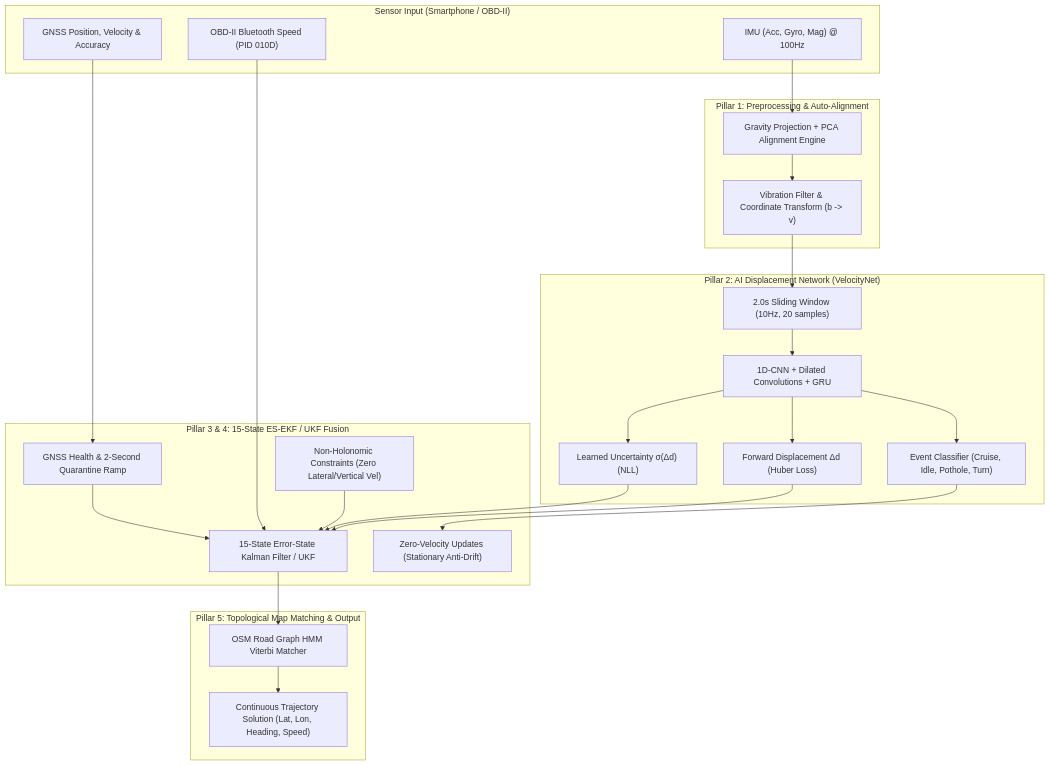
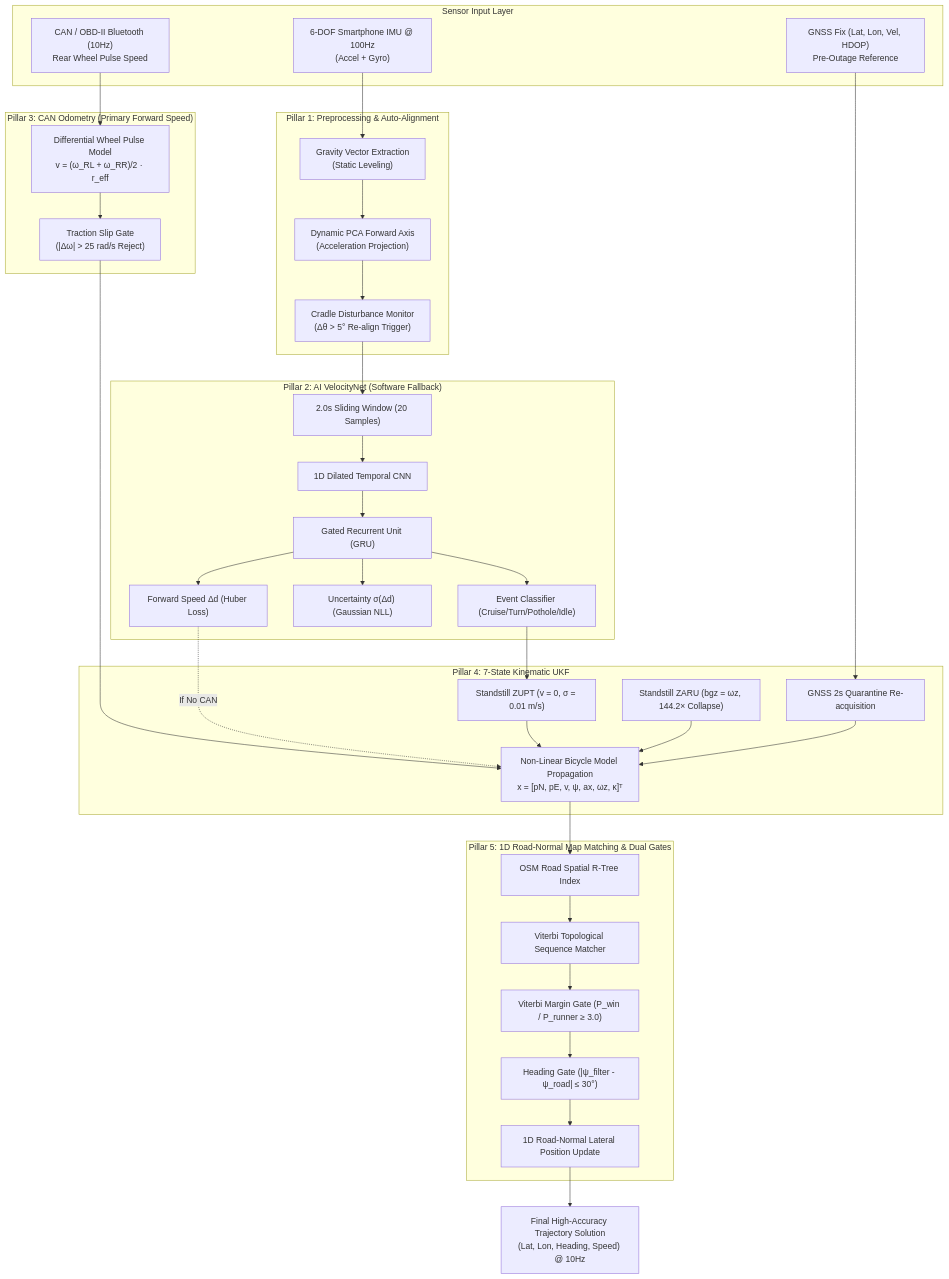
The diagram in README.md (GuptaNandinii/iNAV), drawn with Mermaid before and after one commit. The commit also changed other lines of this file, not shown here.

Commit message:
docs: complete comprehensive system architecture and SIH 2026 defense in README

````diff
--- a/README.md
+++ b/README.md
@@ -38,47 +186,58 @@
 ```mermaid
 graph TB
-    subgraph S["Sensor Input (Smartphone / OBD-II)"]
-        IMU["IMU (Acc, Gyro, Mag) @ 100Hz"]
-        GPS["GNSS Position, Velocity & Accuracy"]
-        OBD["OBD-II Bluetooth Speed (PID 010D)"]
+    subgraph S["Sensor Input Layer"]
+        IMU["6-DOF Smartphone IMU @ 100Hz\n(Accel + Gyro)"]
+        GNSS["GNSS Fix (Lat, Lon, Vel, HDOP)\nPre-Outage Reference"]
+        CAN["CAN / OBD-II Bluetooth (10Hz)\nRear Wheel Pulse Speed"]
     end
 
-    subgraph L1["Pillar 1: Preprocessing & Auto-Alignment"]
-        ALIGN["Gravity Projection + PCA Alignment Engine"]
-        LPF["Vibration Filter & Coordinate Transform (b -> v)"]
-        IMU --> ALIGN --> LPF
+    subgraph P1["Pillar 1: Preprocessing & Auto-Alignment"]
+        GRAV["Gravity Vector Extraction\n(Static Leveling)"]
+        PCA["Dynamic PCA Forward Axis\n(Acceleration Projection)"]
+        DISTURB["Cradle Disturbance Monitor\n(Δθ > 5° Re-align Trigger)"]
+        IMU --> GRAV --> PCA --> DISTURB
     end
 
-    subgraph L2["Pillar 2: AI Displacement Network (VelocityNet)"]
-        WIN["2.0s Sliding Window (10Hz, 20 samples)"]
-        CNN_GRU["1D-CNN + Dilated Convolutions + GRU"]
-        HEAD1["Forward Displacement Δd (Huber Loss)"]
-        HEAD2["Event Classifier (Cruise, Idle, Pothole, Turn)"]
-        HEAD3["Learned Uncertainty σ(Δd) (NLL)"]
-
-        LPF --> WIN --> CNN_GRU
-        CNN_GRU --> HEAD1
-        CNN_GRU --> HEAD2
-        CNN_GRU --> HEAD3
+    subgraph P2["Pillar 2: AI VelocityNet (Software Fallback)"]
+        WIN["2.0s Sliding Window (20 Samples)"]
+        CNN["1D Dilated Temporal CNN"]
+        GRU["Gated Recurrent Unit (GRU)"]
+        V_HEAD["Forward Speed Δd (Huber Loss)"]
+        SIG_HEAD["Uncertainty σ(Δd) (Gaussian NLL)"]
+        EVT_HEAD["Event Classifier (Cruise/Turn/Pothole/Idle)"]
+        DISTURB --> WIN --> CNN --> GRU
+        GRU --> V_HEAD
+        GRU --> SIG_HEAD
+        GRU --> EVT_HEAD
     end
 
-    subgraph L3["Pillar 3 & 4: 15-State ES-EKF / UKF Fusion"]
-        EKF["15-State Error-State Kalman Filter / UKF"]
-        NHC["Non-Holonomic Constraints (Zero Lateral/Vertical Vel)"]
-        ZUPT["Zero-Velocity Updates (Stationary Anti-Drift)"]
-        QUAR["GNSS Health & 2-Second Quarantine Ramp"]
-
-        HEAD1 --> EKF
-        HEAD3 --> EKF
-        HEAD2 --> ZUPT
-        NHC --> EKF
-        OBD --> EKF
-        GPS --> QUAR --> EKF
+    subgraph P3["Pillar 3: CAN Odometry (Primary Forward Speed)"]
+        PULSE["Differential Wheel Pulse Model\nv = (ω_RL + ω_RR)/2 · r_eff"]
+        SLIP["Traction Slip Gate\n(|Δω| > 25 rad/s Reject)"]
+        CAN --> PULSE --> SLIP
     end
 
-    subgraph L5["Pillar 5: Topological Map Matching & Output"]
-        HMM["OSM Road Graph HMM Viterbi Matcher"]
-        OUT["Continuous Trajectory Solution (Lat, Lon, Heading, Speed)"]
-        EKF --> HMM --> OUT
+    subgraph P4["Pillar 4: 7-State Kinematic UKF"]
+        PRED["Non-Linear Bicycle Model Propagation\nx = [pN, pE, v, ψ, ax, ωz, κ]ᵀ"]
+        ZUPT_P["Standstill ZUPT (v = 0, σ = 0.01 m/s)"]
+        ZARU_P["Standstill ZARU (bgz = ωz, 144.2× Collapse)"]
+        QUAR["GNSS 2s Quarantine Re-acquisition"]
+        SLIP --> PRED
+        V_HEAD -.->|If No CAN| PRED
+        EVT_HEAD --> ZUPT_P
+        ZUPT_P --> PRED
+        ZARU_P --> PRED
+        GNSS --> QUAR --> PRED
     end
+
+    subgraph P5["Pillar 5: 1D Road-Normal Map Matching & Dual Gates"]
+        RTREE["OSM Road Spatial R-Tree Index"]
+        HMM["Viterbi Topological Sequence Matcher"]
+        GATE1["Viterbi Margin Gate (P_win / P_runner ≥ 3.0)"]
+        GATE2["Heading Gate (|ψ_filter - ψ_road| ≤ 30°)"]
+        CORR["1D Road-Normal Lateral Position Update"]
+        PRED --> RTREE --> HMM --> GATE1 --> GATE2 --> CORR
+    end
+
+    CORR --> OUT["Final High-Accuracy Trajectory Solution\n(Lat, Lon, Heading, Speed) @ 10Hz"]
 ```
````
